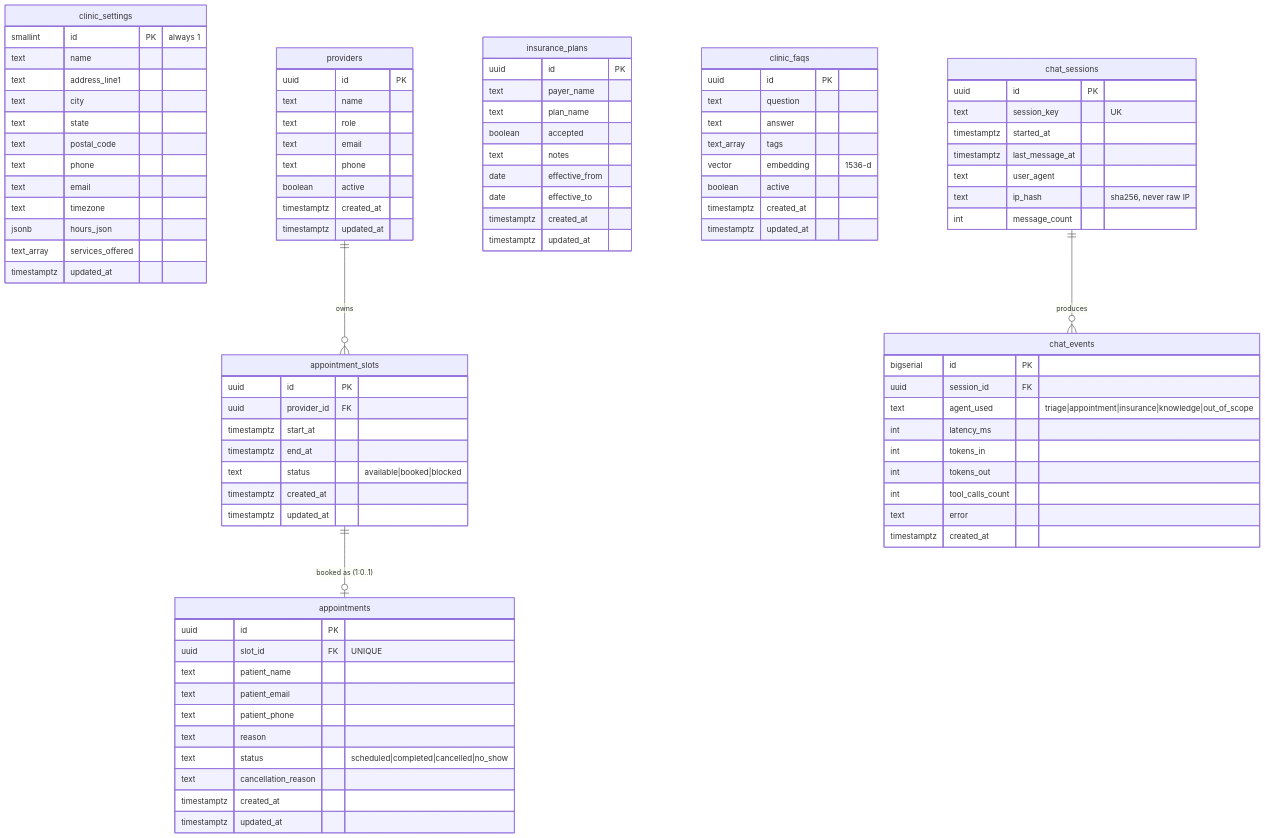
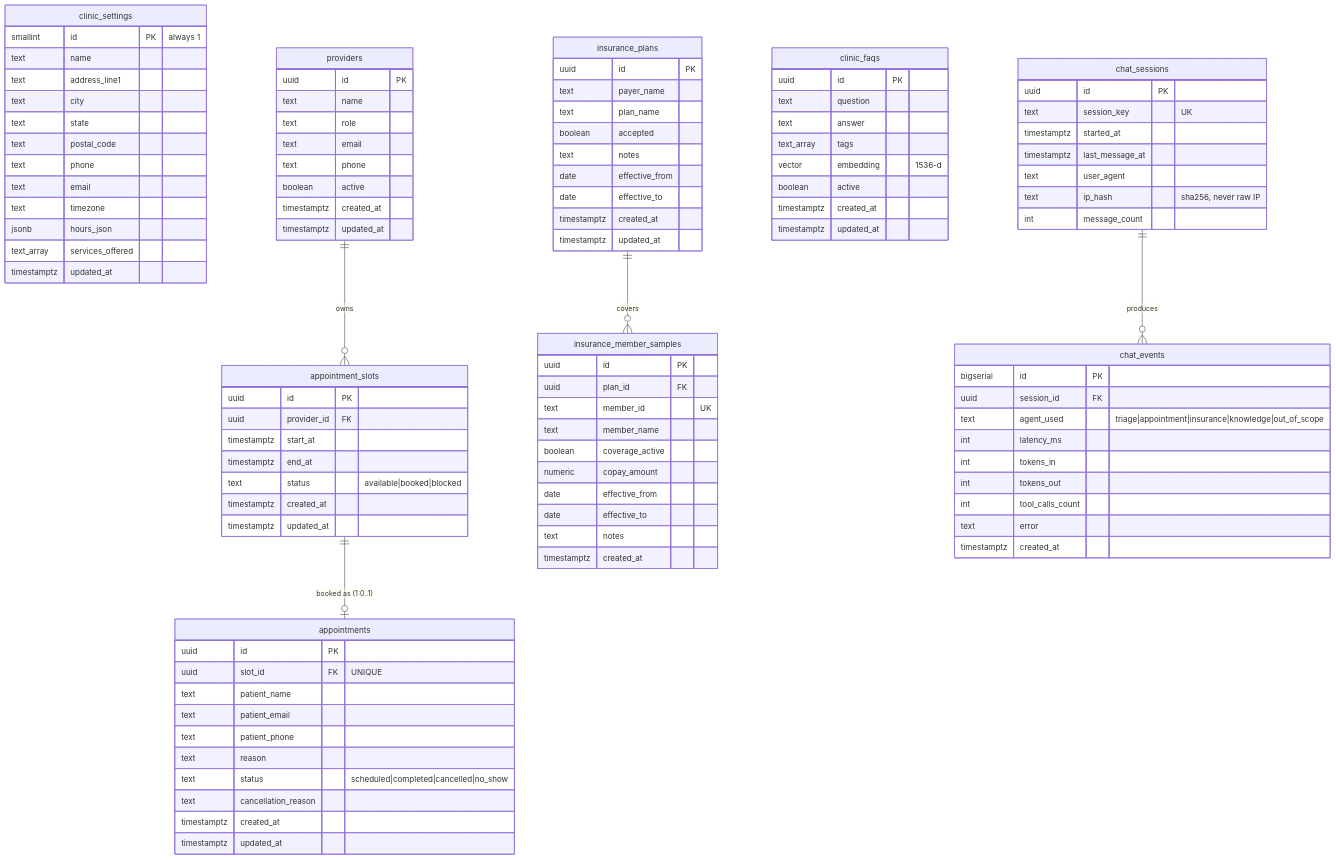
Before and after one commit to shankasf/insight_healthcare: the third of 3 diagrams in README.md, drawn with Mermaid. The commit also changed other lines of this file, not shown here.

First line of the commit message:
docs: add sample seed data plan for every table + insurance_member_samples

````diff
--- a/README.md
+++ b/README.md
@@ -306,6 +306,18 @@
         timestamptz created_at
         timestamptz updated_at
     }
+    insurance_member_samples {
+        uuid id PK
+        uuid plan_id FK
+        text member_id "UK"
+        text member_name
+        boolean coverage_active
+        numeric copay_amount
+        date effective_from
+        date effective_to
+        text notes
+        timestamptz created_at
+    }
     clinic_faqs {
         uuid id PK
         text question
@@ -339,5 +351,6 @@
 
     providers ||--o{ appointment_slots : "owns"
     appointment_slots ||--o| appointments : "booked as (1:0..1)"
+    insurance_plans ||--o{ insurance_member_samples : "covers"
     chat_sessions ||--o{ chat_events : "produces"
 ```
````
